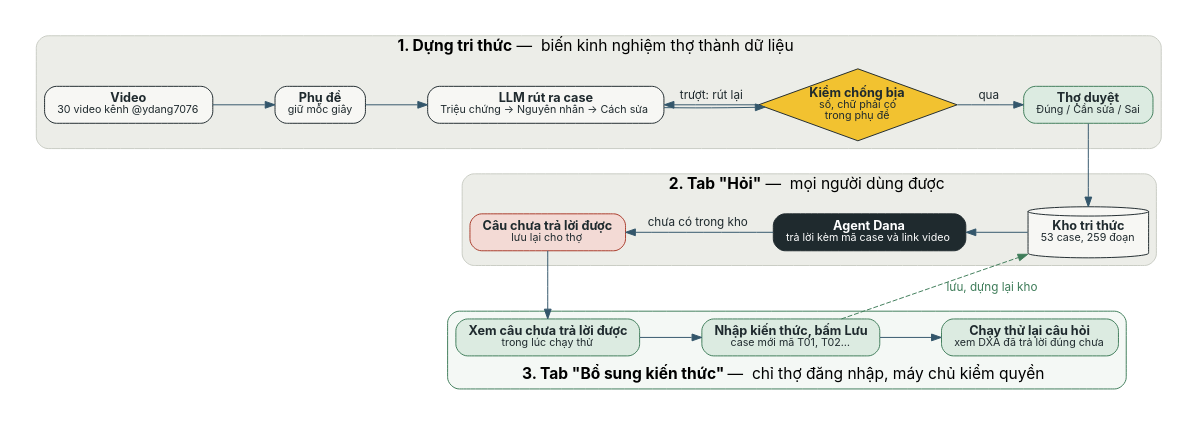
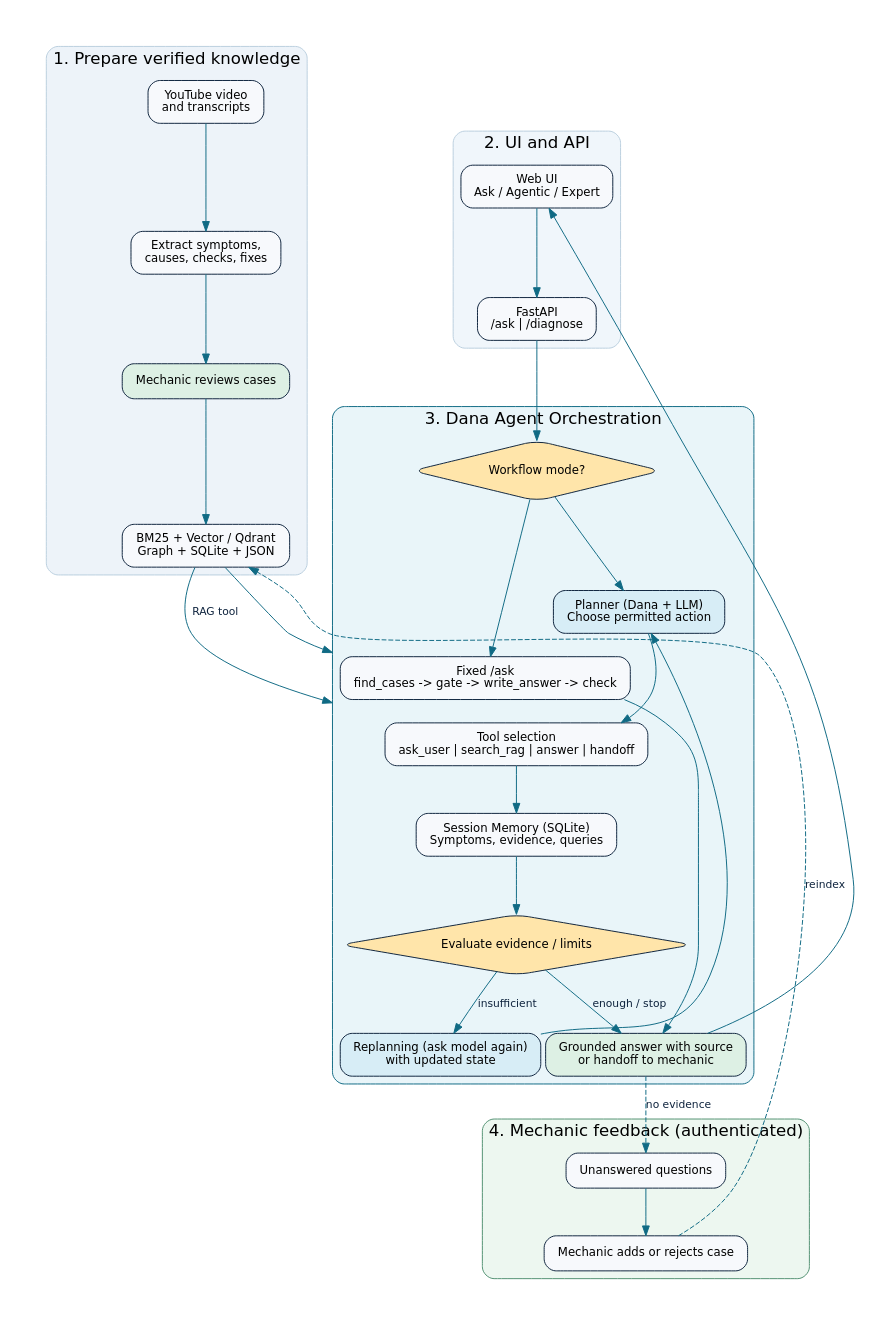
The diagram in dxa-automative-agent_dana/docs/pipeline.dot (ydangishere/dev-projects), drawn with Graphviz before and after one commit.

Commit message:
docs(dxa): align docs/pipeline.dot with Agentic Planning / Replanning

```diff
--- a/dxa-automative-agent_dana/docs/pipeline.dot
+++ b/dxa-automative-agent_dana/docs/pipeline.dot
@@ -1,45 +1,54 @@
-// Pipeline DXA: video → tri thức → agent → câu chưa trả lời được → thợ bổ sung → kho tri thức.
-// Một trang (localhost:8000), hai tab: "Hỏi" cho mọi người, "Bổ sung kiến thức" chỉ thợ đăng nhập mới thấy.
-// Dựng ảnh: dot -Tpng -Gdpi=150 pipeline.dot -o pipeline.png
+// DXA Dana — 2 workflows: /ask (fixed) and /diagnose (bounded Agentic).
+// Render: dot -Tpng -Gdpi=160 docs/pipeline.dot -o docs/pipeline.png
 digraph DXA {
-  graph [rankdir=TB, bgcolor="white", fontname="Inter", fontsize=16, nodesep=0.45, ranksep=0.7, pad=0.3, newrank=true];
-  node  [fontname="Inter", fontsize=13, shape=box, style="rounded,filled", fillcolor="#F7F7F4", color="#1F2A2E", fontcolor="#1F2A2E", margin="0.18,0.10"];
-  edge  [fontname="Inter", fontsize=12, color="#33566B", fontcolor="#1F2A2E"];
+  graph [rankdir=TB, bgcolor="white", fontname="DejaVu Sans", fontsize=17, nodesep=.48, ranksep=.65, pad=.45, compound=true];
+  node [fontname="DejaVu Sans", fontsize=12, shape=box, style="rounded,filled", fillcolor="#F7F9FC", color="#0E233D", margin=".2,.13"];
+  edge [fontname="DejaVu Sans", fontsize=11, color="#106A84", fontcolor="#0E233D"];
 
-  subgraph cluster_build {
-    label=<<b>1. Dựng tri thức</b>  —  biến kinh nghiệm thợ thành dữ liệu>; style="rounded,filled"; fillcolor="#ECEDE8"; color="#C9CCC4";
-    V [label=<<b>Video</b><br/><font point-size="11">30 video kênh @ydang7076</font>>];
-    P [label=<<b>Phụ đề</b><br/><font point-size="11">giữ mốc giây</font>>];
-    L [label=<<b>LLM rút ra case</b><br/><font point-size="11">Triệu chứng → Nguyên nhân → Cách sửa</font>>];
-    C [label=<<b>Kiểm chống bịa</b><br/><font point-size="11">số, chữ phải có<br/>trong phụ đề</font>>, shape=diamond, margin="0.02,0.02", style="filled", fillcolor="#F2C230"];
-    T [label=<<b>Thợ duyệt</b><br/><font point-size="11">Đúng / Cần sửa / Sai</font>>, fillcolor="#DCEBE1", color="#3E7C59"];
+  subgraph cluster_kb {
+    label="1. Prepare verified knowledge"; style="rounded,filled"; fillcolor="#EDF3F9"; color="#BBCFDF";
+    VIDEO [label="YouTube video\nand transcripts"];
+    EXTRACT [label="Extract symptoms,\ncauses, checks, fixes"];
+    REVIEW [label="Mechanic reviews cases", fillcolor="#DDF0E4"];
+    INDEX [label="BM25 + Vector / Qdrant\nGraph + SQLite + JSON"];
+    VIDEO -> EXTRACT -> REVIEW -> INDEX;
   }
 
-  subgraph cluster_run {
-    label=<<b>2. Tab "Hỏi"</b>  —  mọi người dùng được>; style="rounded,filled"; fillcolor="#ECEDE8"; color="#C9CCC4";
-    K [label=<<b>Kho tri thức</b><br/><font point-size="11">53 case, 259 đoạn</font>>, shape=cylinder, style="filled"];
-    A [label=<<b>Agent Dana</b><br/><font point-size="11">trả lời kèm mã case và link video</font>>, fillcolor="#1F2A2E", fontcolor="white"];
-    U [label=<<b>Câu chưa trả lời được</b><br/><font point-size="11">lưu lại cho thợ</font>>, fillcolor="#F3DAD5", color="#A93A2A"];
+  subgraph cluster_ui {
+    label="2. UI and API"; style="rounded,filled"; fillcolor="#F0F6FB"; color="#BBCFDF";
+    UI [label="Web UI\nAsk / Agentic / Expert"];
+    API [label="FastAPI\n/ask | /diagnose"];
+    UI -> API;
+  }
+
+  subgraph cluster_dana {
+    label="3. Dana Agent Orchestration"; style="rounded,filled"; fillcolor="#E9F5F9"; color="#106A84";
+    MODE [label="Workflow mode?",shape=diamond, fillcolor="#FFE5AA"];
+    CLASSIC [label="Fixed /ask\nfind_cases -> gate -> write_answer -> check"];
+    PLAN [label="Planner (Dana + LLM)\nChoose permitted action", fillcolor="#D7EDF6"];
+    TOOL [label="Tool selection\nask_user | search_rag | answer | handoff"];
+    MEMORY [label="Session Memory (SQLite)\nSymptoms, evidence, queries"];
+    EVAL [label="Evaluate evidence / limits",shape=diamond,fillcolor="#FFE5AA"];
+    REPLAN [label="Replanning (ask model again)\nwith updated state",fillcolor="#D7EDF6"];
+    FINAL [label="Grounded answer with source\nor handoff to mechanic", fillcolor="#DDF0E4"];
+    MODE -> CLASSIC -> FINAL;
+    MODE -> PLAN -> TOOL -> MEMORY -> EVAL;
+    EVAL -> REPLAN [label="insufficient"];
+    REPLAN -> PLAN [constraint=false];
+    EVAL -> FINAL [label="enough / stop"];
   }
 
   subgraph cluster_expert {
-    label=<<b>3. Tab "Bổ sung kiến thức"</b>  —  chỉ thợ đăng nhập, máy chủ kiểm quyền>; labelloc="b"; style="rounded,filled"; fillcolor="#F4F8F5"; color="#3E7C59";
-    E1 [label=<<b>Xem câu chưa trả lời được</b><br/><font point-size="11">trong lúc chạy thử</font>>, fillcolor="#DCEBE1", color="#3E7C59"];
-    E2 [label=<<b>Nhập kiến thức, bấm Lưu</b><br/><font point-size="11">case mới mã T01, T02…</font>>, fillcolor="#DCEBE1", color="#3E7C59"];
-    E3 [label=<<b>Chạy thử lại câu hỏi</b><br/><font point-size="11">xem DXA đã trả lời đúng chưa</font>>, fillcolor="#DCEBE1", color="#3E7C59"];
+    label="4. Mechanic feedback (authenticated)"; style="rounded,filled"; fillcolor="#EDF7F0"; color="#539173";
+    PENDING [label="Unanswered questions"];
+    ADD [label="Mechanic adds or rejects case"];
+    PENDING -> ADD;
   }
 
-  { rank=same; V; P; L; C; T; }
-  { rank=same; K; A; U; }
-  { rank=same; E1; E2; E3; }
-
-  V -> P -> L -> C;
-  C -> T [label="  qua  "];
-  C -> L [label="trượt: rút lại", constraint=false];
-  T -> K;
-  A -> K [dir=back];
-  U -> A [dir=back, label="  chưa có trong kho  "];
-  U -> E1;
-  E1 -> E2 -> E3;
-  E2 -> K [style=dashed, color="#3E7C59", fontcolor="#3E7C59", label="  lưu, dựng lại kho  ", constraint=false];
+  INDEX -> CLASSIC [lhead=cluster_dana];
+  INDEX -> TOOL [label="RAG tool", lhead=cluster_dana];
+  API -> MODE;
+  FINAL -> UI [constraint=false];
+  FINAL -> PENDING [style=dashed, label="no evidence"];
+  ADD -> INDEX [style=dashed, label="reindex", constraint=false];
 }
```
